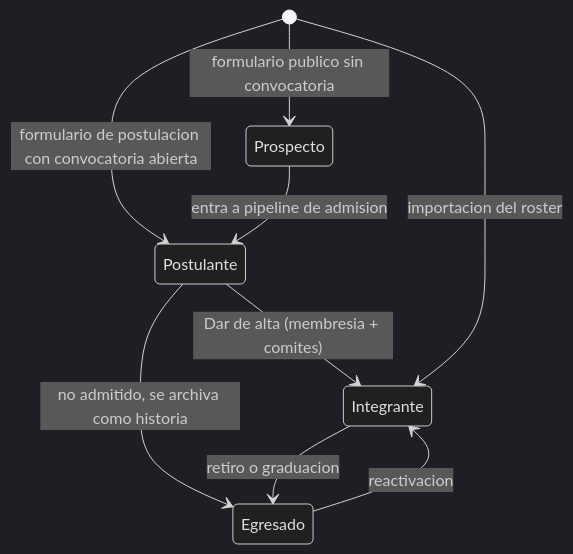
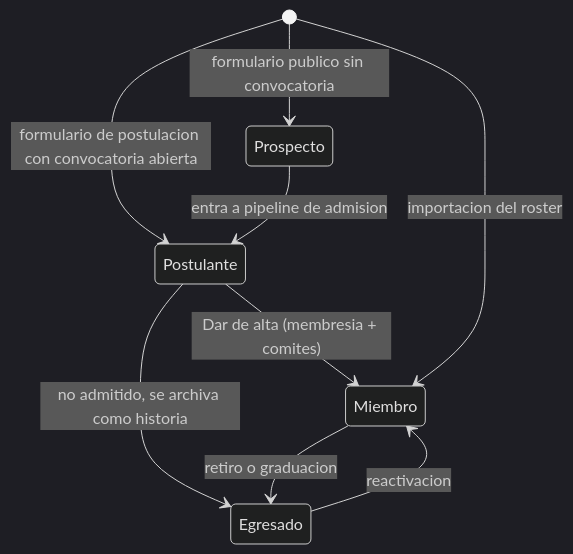
One commit to Mateoloperaortiz/LaOE changed the diagram in docs/02-crm.md. Above: the diagram before and after it, drawn with Mermaid (dark theme). The commit also changed other lines of this file and 26 other files, not shown here.

````diff
--- a/docs/02-crm.md
+++ b/docs/02-crm.md
@@ -14,11 +14,11 @@
 ```mermaid
 stateDiagram-v2
   [*] --> Prospecto: formulario publico sin convocatoria
   [*] --> Postulante: formulario de postulacion con convocatoria abierta
   Prospecto --> Postulante: entra a pipeline de admision
-  Postulante --> Integrante: Dar de alta (membresia + comites)
+  Postulante --> Miembro: Dar de alta (membresia + comites)
   Postulante --> Egresado: no admitido, se archiva como historia
-  Integrante --> Egresado: retiro o graduacion
-  Egresado --> Integrante: reactivacion
-  [*] --> Integrante: importacion del roster
+  Miembro --> Egresado: retiro o graduacion
+  Egresado --> Miembro: reactivacion
+  [*] --> Miembro: importacion del roster
 ```
````
